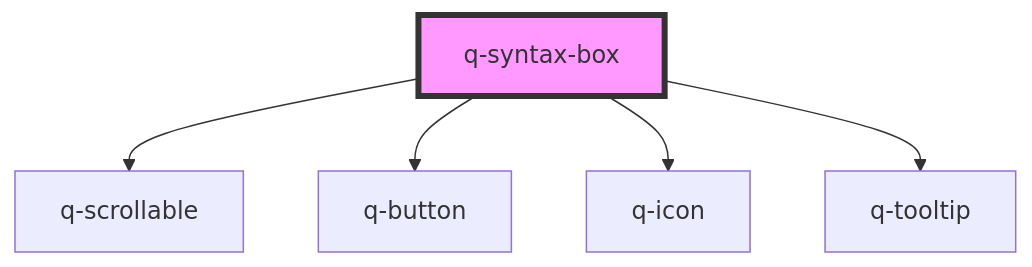
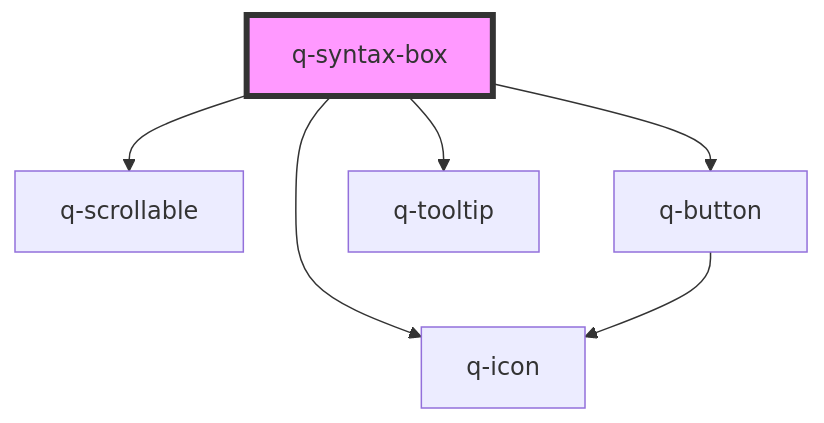
The diagram in src/components/data-display/syntax-box/readme.md (XsAndre-L/WebQuark), drawn with Mermaid before and after one commit. The commit also changed 80 other files, not shown here.

````diff
--- a/src/components/data-display/syntax-box/readme.md
+++ b/src/components/data-display/syntax-box/readme.md
@@ -68,8 +68,9 @@
 ```mermaid
 graph TD;
   q-syntax-box --> q-scrollable
   q-syntax-box --> q-button
   q-syntax-box --> q-icon
   q-syntax-box --> q-tooltip
+  q-button --> q-icon
   style q-syntax-box fill:#f9f,stroke:#333,stroke-width:4px
 ```
````
